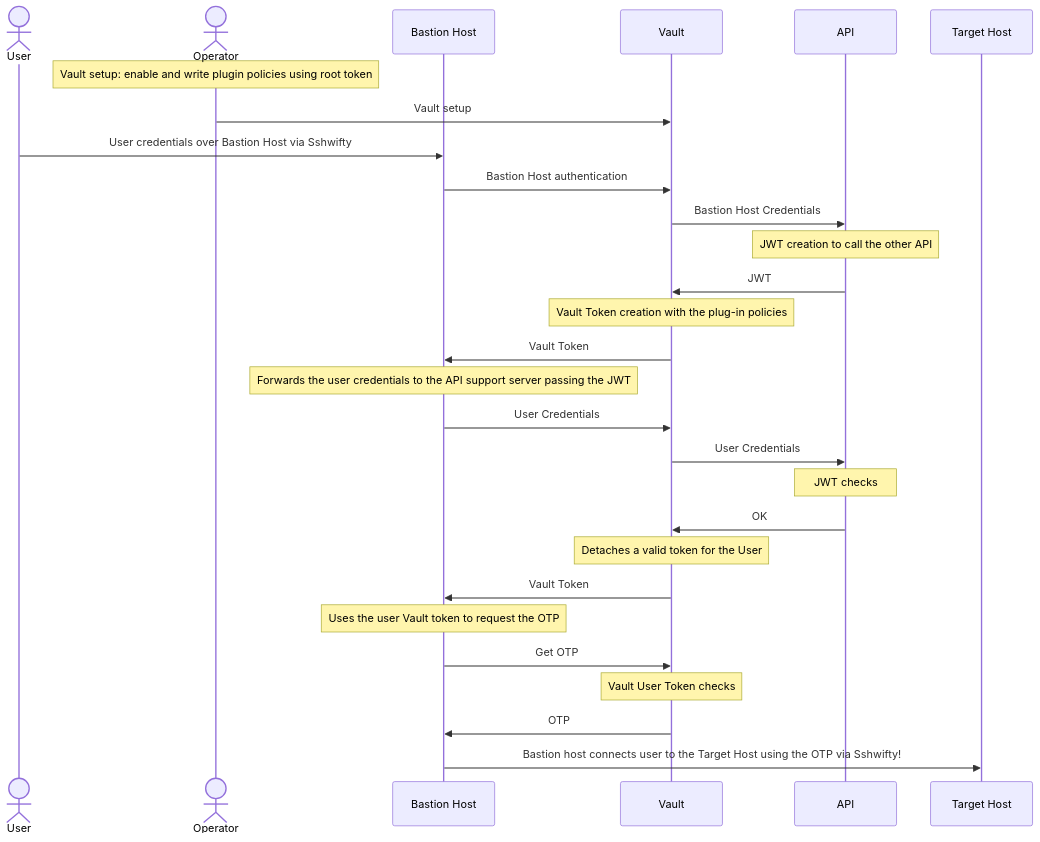
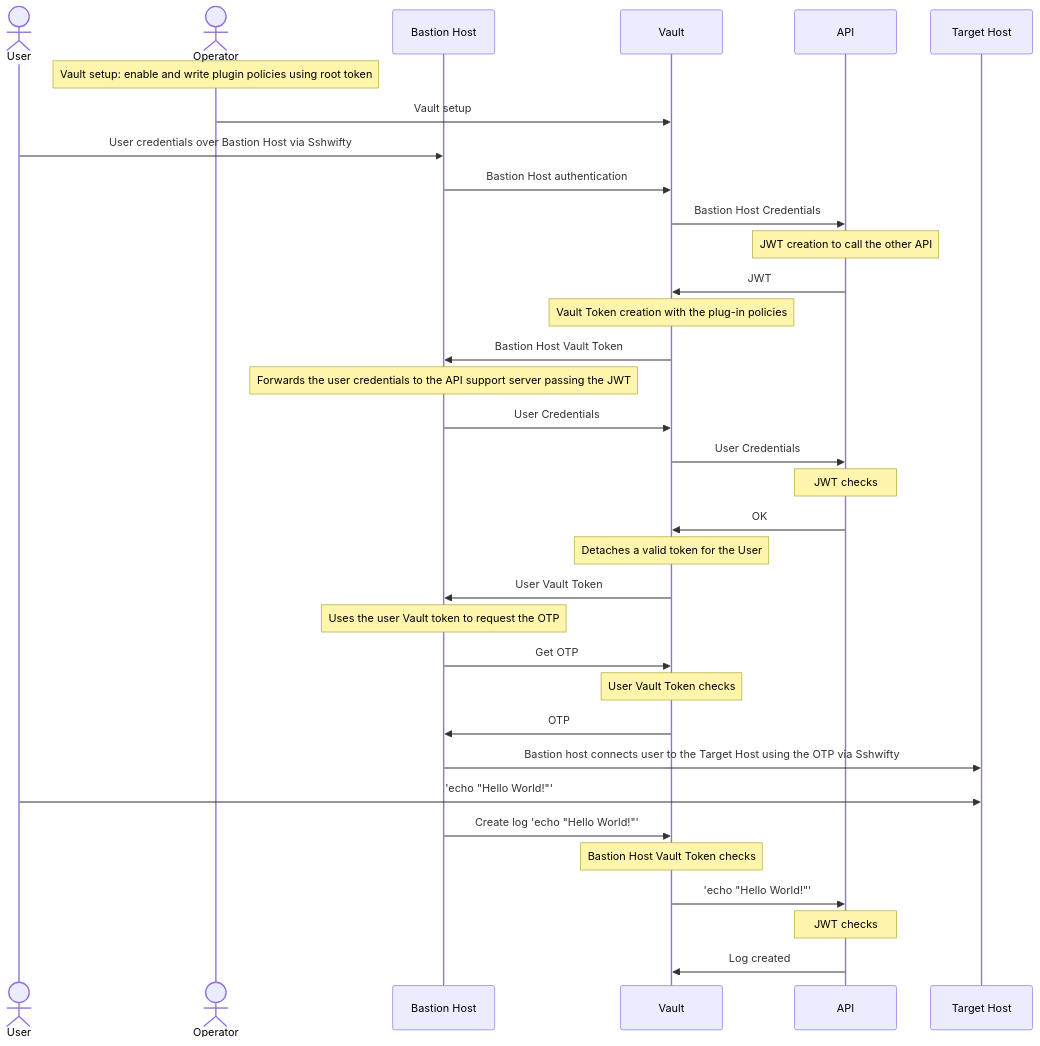
The diagram in README.md (fedehsq/vault-auth-plugin), drawn with Mermaid before and after one commit. The commit also changed 9 other files, not shown here.

````diff
--- a/README.md
+++ b/README.md
@@ -18,30 +18,36 @@
 ```mermaid
 sequenceDiagram
     actor User
     actor Operator
     participant Bastion Host
     participant Vault
     participant API
     participant Target Host
     note over Operator: Vault setup: enable and write plugin policies using root token
     Operator->>Vault: Vault setup
     User->>Bastion Host: User credentials over Bastion Host via Sshwifty
     Bastion Host->>Vault: Bastion Host authentication
     Vault->>API: Bastion Host Credentials
     Note over API: JWT creation to call the other API
     API->>Vault: JWT 
     note over Vault: Vault Token creation with the plug-in policies
-    Vault->>Bastion Host: Vault Token 
+    Vault->>Bastion Host: Bastion Host Vault Token 
     note over Bastion Host: Forwards the user credentials to the API support server passing the JWT
     Bastion Host->>Vault: User Credentials
     Vault->>API: User Credentials
     note over API: JWT checks
     API->>Vault: OK
     note over Vault: Detaches a valid token for the User
-    Vault->>Bastion Host: Vault Token
+    Vault->>Bastion Host: User Vault Token
     note over Bastion Host: Uses the user Vault token to request the OTP
     Bastion Host->>Vault: Get OTP
-    note over Vault:Vault User Token checks
+    note over Vault: User Vault Token checks
     Vault->>Bastion Host: OTP
-    Bastion Host->>Target Host: Bastion host connects user to the Target Host using the OTP via Sshwifty!
+    Bastion Host->>Target Host: Bastion host connects user to the Target Host using the OTP via Sshwifty
+    User->>Target Host: 'echo "Hello World!"'
+    Bastion Host->>Vault: Create log 'echo "Hello World!"'
+    note over Vault: Bastion Host Vault Token checks
+    Vault->>API: 'echo "Hello World!"'
+    note over API: JWT checks
+    API->>Vault: Log created
 ```
````
